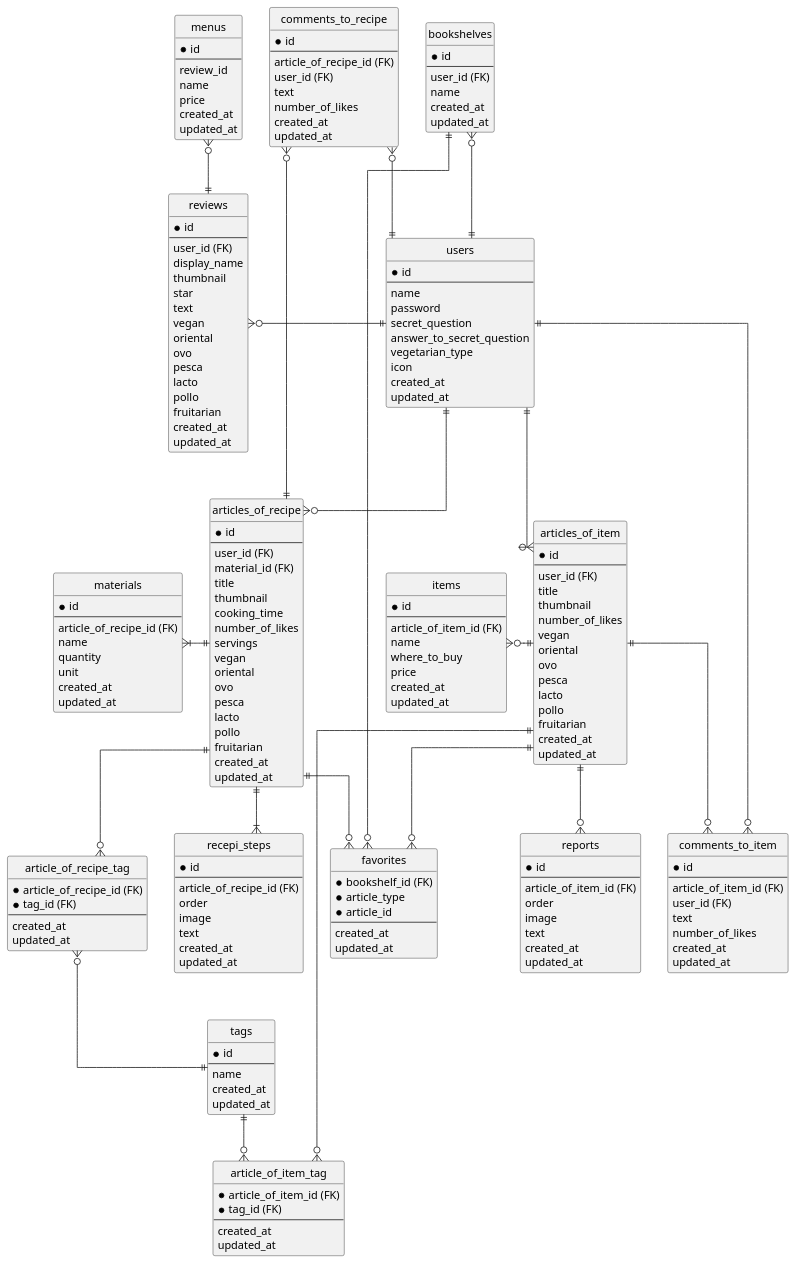
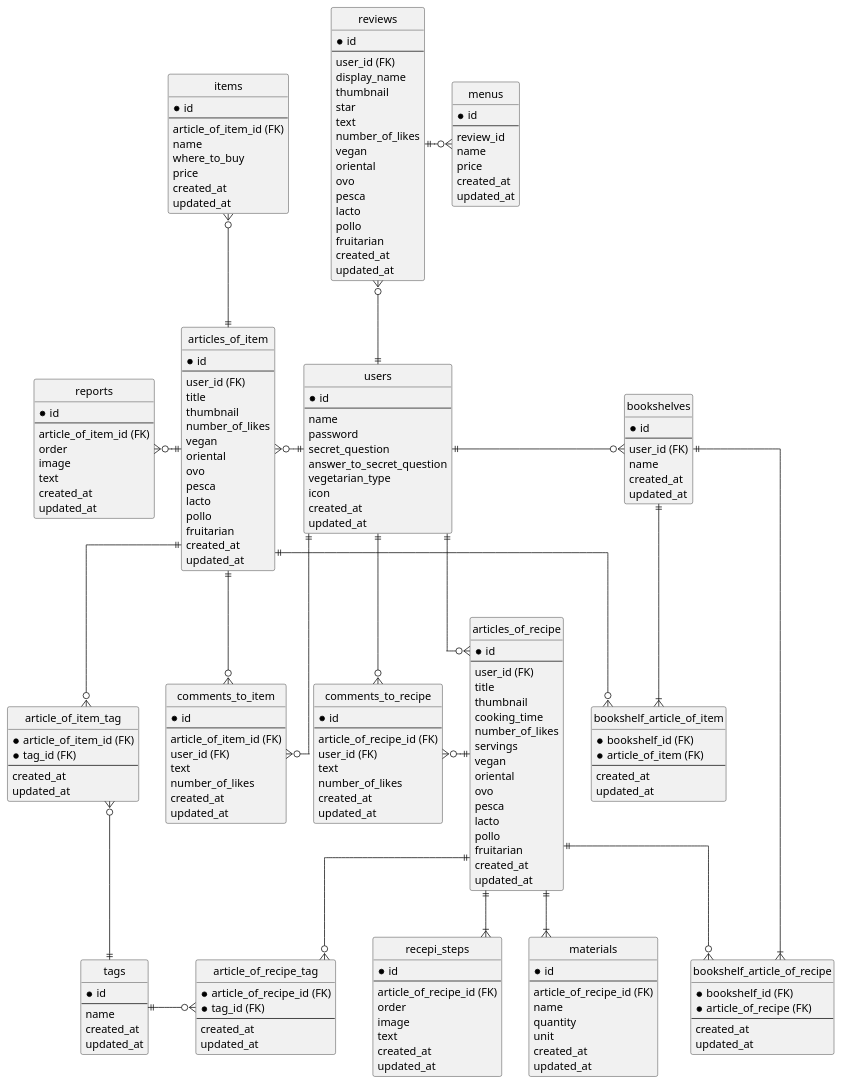
One commit to SayuriOkuyama/Original changed the diagram in documents/er.pu. Above: the diagram before and after it, drawn with PlantUML. The commit also changed 1 other file, not shown here.

```diff
--- a/documents/er.pu
+++ b/documents/er.pu
@@ -33,7 +33,6 @@
   *id
   --
   user_id (FK)
-  material_id (FK)
   title
   thumbnail
   cooking_time
@@ -166,6 +165,7 @@
   thumbnail
   star
   text
+  number_of_likes
   vegan
   oriental
   ovo
@@ -196,33 +196,41 @@
   updated_at
 }
 
-entity "favorites" as favorites {
+entity "bookshelf_article_of_recipe" as bookshelf_article_of_recipe {
   *bookshelf_id (FK)
-  *article_type
-  *article_id
+  *article_of_recipe (FK)
   --
   created_at
   updated_at
 }
 
-users ||--o{ articles_of_recipe
+entity "bookshelf_article_of_item" as bookshelf_article_of_item {
+  *bookshelf_id (FK)
+  *article_of_item (FK)
+  --
+  created_at
+  updated_at
+}
+
+users ||-r-o{ articles_of_recipe
 articles_of_recipe ||--|{ recepi_steps
-articles_of_recipe ||-l-|{ materials
-articles_of_recipe ||-d-o{ article_of_recipe_tag
-tags ||-u-o{ article_of_recipe_tag
-articles_of_recipe ||-u-o{ comments_to_recipe
-users ||-u-o{ comments_to_recipe
-users ||-d-o{articles_of_item
+articles_of_recipe ||--|{ materials
+articles_of_recipe ||--o{ article_of_recipe_tag
+tags ||-r-o{ article_of_recipe_tag
+articles_of_recipe ||-l-o{ comments_to_recipe
+users ||--o{ comments_to_recipe
+users ||-l-o{articles_of_item
 articles_of_item ||--o{ article_of_item_tag
-tags ||--o{ article_of_item_tag
+tags ||-u-o{ article_of_item_tag
 articles_of_item ||--o{ comments_to_item
-articles_of_item ||-l-o{ items
-articles_of_item ||-d-o{ reports
+articles_of_item ||-u-o{ items
+articles_of_item ||-l-o{ reports
 users ||-r-o{ comments_to_item
-users ||-u-o{bookshelves
-bookshelves ||-r-o{favorites
-articles_of_recipe ||--o{favorites
-articles_of_item ||--o{favorites
-users ||-l-o{reviews
-menus }o--|| reviews
+users ||-r-o{bookshelves
+bookshelves ||--|{bookshelf_article_of_recipe
+articles_of_recipe ||--o{bookshelf_article_of_recipe
+bookshelves ||--|{bookshelf_article_of_item
+articles_of_item ||--o{bookshelf_article_of_item
+users ||-u-o{reviews
+menus }o-l-|| reviews
 @enduml
```
